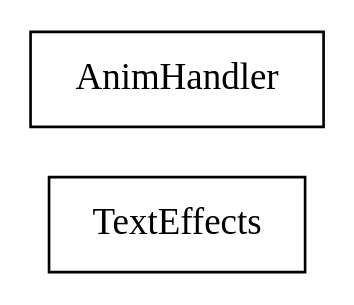
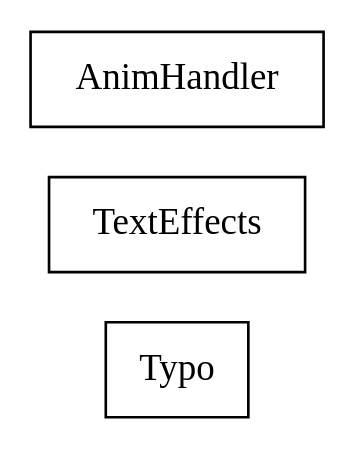
The diagram in docs/com/sekati/effects/classes.dot (sekati/sasapi), drawn with Graphviz before and after one commit. The commit also changed 49 other files, not shown here.

```diff
--- a/docs/com/sekati/effects/classes.dot
+++ b/docs/com/sekati/effects/classes.dot
@@ -1,15 +1,21 @@
 strict digraph class_diagram {
   rankdir=LR;
+  TypeTypo[
+    label="Typo",
+    URL="Typo.html",
+    tooltip="com.sekati.effects.Typo",
+    shape="record"
+  ];
   TypeTextEffects[
     label="TextEffects",
     URL="TextEffects.html",
     tooltip="com.sekati.effects.TextEffects",
     shape="record"
   ];
   TypeAnimHandler[
     label="AnimHandler",
     URL="AnimHandler.html",
     tooltip="com.sekati.effects.AnimHandler",
     shape="record"
   ];
 }
```
